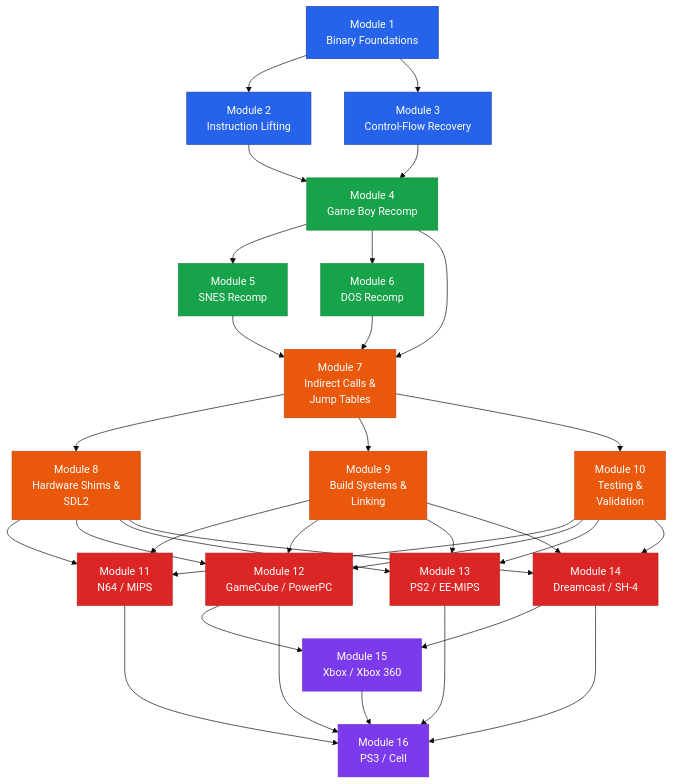
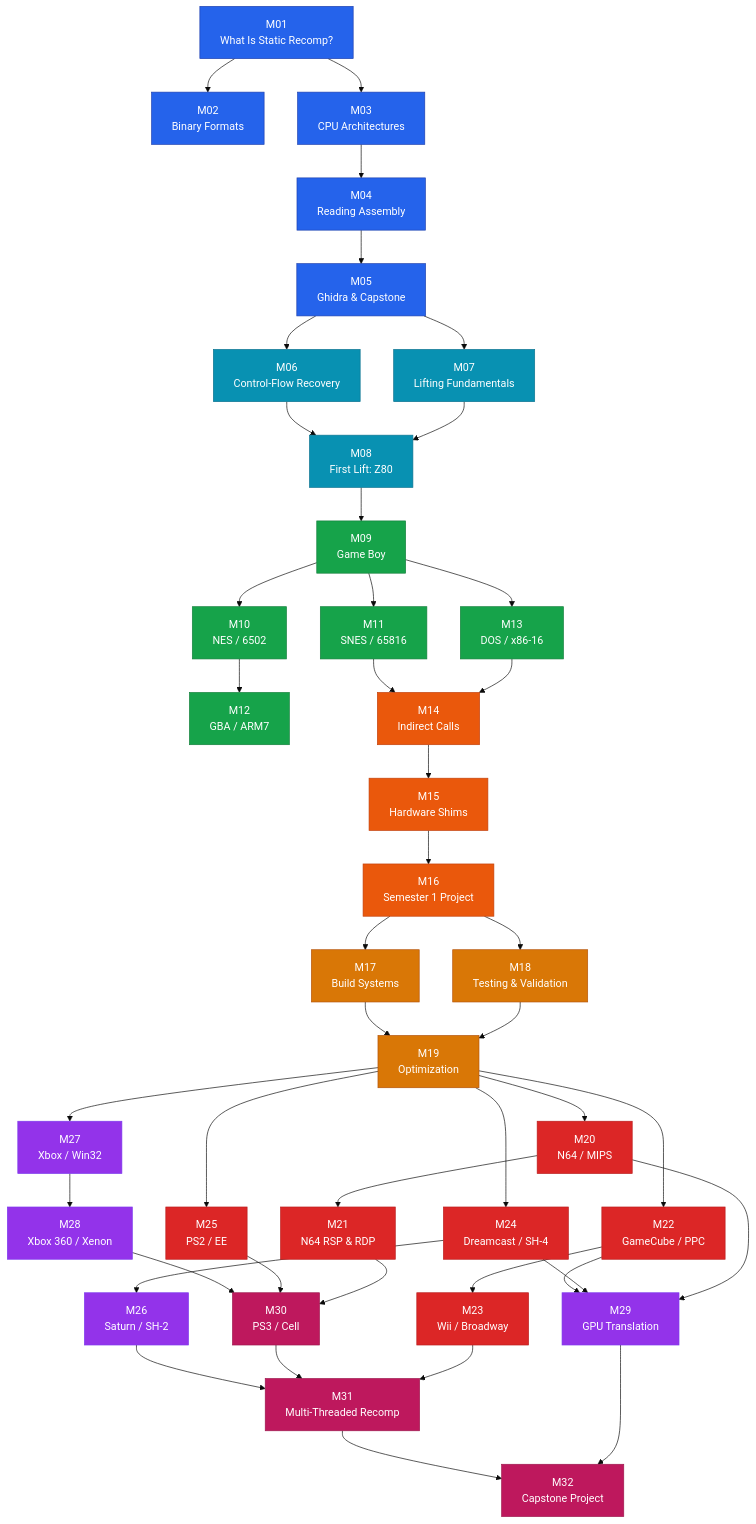
The diagram in SYLLABUS.md (sp00nznet/recompclass), drawn with Mermaid (base theme) before and after one commit. The commit also changed other lines of this file and 158 other files, not shown here.

First line of the commit message:
Expand course to 2-semester curriculum: 32 modules, 50 labs, 12 architectures

````diff
--- a/SYLLABUS.md
+++ b/SYLLABUS.md
@@ -26,61 +28,100 @@
 ```mermaid
 flowchart TD
     classDef foundation fill:#2563eb,stroke:#1e40af,color:#fff
-    classDef firstrecomp fill:#16a34a,stroke:#15803d,color:#fff
+    classDef core fill:#0891b2,stroke:#0e7490,color:#fff
+    classDef firsttarget fill:#16a34a,stroke:#15803d,color:#fff
     classDef pipeline fill:#ea580c,stroke:#c2410c,color:#fff
+    classDef pipemaster fill:#d97706,stroke:#b45309,color:#fff
     classDef console fill:#dc2626,stroke:#b91c1c,color:#fff
-    classDef extreme fill:#7c3aed,stroke:#6d28d9,color:#fff
+    classDef advanced fill:#9333ea,stroke:#7c3aed,color:#fff
+    classDef extreme fill:#be185d,stroke:#9d174d,color:#fff
 
-    M1["Module 1<br/>Binary Foundations"]:::foundation
-    M2["Module 2<br/>Instruction Lifting"]:::foundation
-    M3["Module 3<br/>Control-Flow Recovery"]:::foundation
+    M1["M01<br/>What Is Static Recomp?"]:::foundation
+    M2["M02<br/>Binary Formats"]:::foundation
+    M3["M03<br/>CPU Architectures"]:::foundation
+    M4["M04<br/>Reading Assembly"]:::foundation
+    M5["M05<br/>Ghidra & Capstone"]:::foundation
 
-    M4["Module 4<br/>Game Boy Recomp"]:::firstrecomp
-    M5["Module 5<br/>SNES Recomp"]:::firstrecomp
-    M6["Module 6<br/>DOS Recomp"]:::firstrecomp
+    M6["M06<br/>Control-Flow Recovery"]:::core
+    M7["M07<br/>Lifting Fundamentals"]:::core
+    M8["M08<br/>First Lift: Z80"]:::core
 
-    M7["Module 7<br/>Indirect Calls &<br/>Jump Tables"]:::pipeline
-    M8["Module 8<br/>Hardware Shims &<br/>SDL2"]:::pipeline
-    M9["Module 9<br/>Build Systems &<br/>Linking"]:::pipeline
-    M10["Module 10<br/>Testing &<br/>Validation"]:::pipeline
+    M9["M09<br/>Game Boy"]:::firsttarget
+    M10["M10<br/>NES / 6502"]:::firsttarget
+    M11["M11<br/>SNES / 65816"]:::firsttarget
+    M12["M12<br/>GBA / ARM7"]:::firsttarget
+    M13["M13<br/>DOS / x86-16"]:::firsttarget
 
-    M11["Module 11<br/>N64 / MIPS"]:::console
-    M12["Module 12<br/>GameCube / PowerPC"]:::console
-    M13["Module 13<br/>PS2 / EE-MIPS"]:::console
-    M14["Module 14<br/>Dreamcast / SH-4"]:::console
+    M14["M14<br/>Indirect Calls"]:::pipeline
+    M15["M15<br/>Hardware Shims"]:::pipeline
+    M16["M16<br/>Semester 1 Project"]:::pipeline
 
-    M15["Module 15<br/>Xbox / Xbox 360"]:::extreme
-    M16["Module 16<br/>PS3 / Cell"]:::extreme
+    M17["M17<br/>Build Systems"]:::pipemaster
+    M18["M18<br/>Testing & Validation"]:::pipemaster
+    M19["M19<br/>Optimization"]:::pipemaster
+
+    M20["M20<br/>N64 / MIPS"]:::console
+    M21["M21<br/>N64 RSP & RDP"]:::console
+    M22["M22<br/>GameCube / PPC"]:::console
+    M23["M23<br/>Wii / Broadway"]:::console
+    M24["M24<br/>Dreamcast / SH-4"]:::console
+    M25["M25<br/>PS2 / EE"]:::console
+
+    M26["M26<br/>Saturn / SH-2"]:::advanced
+    M27["M27<br/>Xbox / Win32"]:::advanced
+    M28["M28<br/>Xbox 360 / Xenon"]:::advanced
+    M29["M29<br/>GPU Translation"]:::advanced
+
+    M30["M30<br/>PS3 / Cell"]:::extreme
+    M31["M31<br/>Multi-Threaded Recomp"]:::extreme
+    M32["M32<br/>Capstone Project"]:::extreme
 
     M1 --> M2
     M1 --> M3
-    M2 --> M4
     M3 --> M4
     M4 --> M5
-    M4 --> M6
-    M4 --> M7
+    M5 --> M6
     M5 --> M7
-    M6 --> M7
+    M6 --> M8
     M7 --> M8
-    M7 --> M9
-    M7 --> M10
-    M8 --> M11
+    M8 --> M9
+    M9 --> M10
     M9 --> M11
-    M10 --> M11
-    M8 --> M12
-    M9 --> M12
+    M9 --> M13
     M10 --> M12
-    M8 --> M13
-    M9 --> M13
-    M10 --> M13
-    M8 --> M14
-    M9 --> M14
-    M10 --> M14
-    M12 --> M15
+    M11 --> M14
+    M13 --> M14
     M14 --> M15
     M15 --> M16
-    M11 --> M16
-    M12 --> M16
-    M13 --> M16
-    M14 --> M16
+
+    M16 --> M17
+    M16 --> M18
+    M17 --> M19
+    M18 --> M19
+
+    M19 --> M20
+    M19 --> M22
+    M19 --> M24
+    M19 --> M25
+
+    M20 --> M21
+    M22 --> M23
+    M24 --> M26
+
+    M19 --> M27
+    M27 --> M28
+    M22 --> M29
+    M24 --> M29
+    M20 --> M29
+
+    M28 --> M30
+    M25 --> M30
+    M21 --> M30
+
+    M26 --> M31
+    M30 --> M31
+    M23 --> M31
+
+    M31 --> M32
+    M29 --> M32
 ```
````
